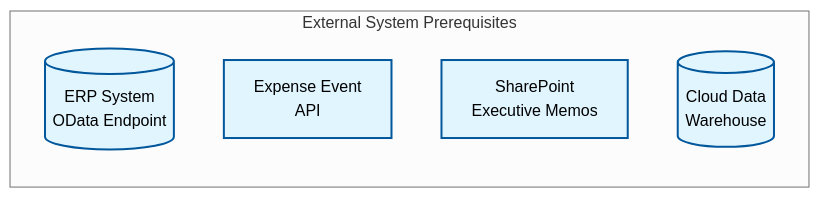
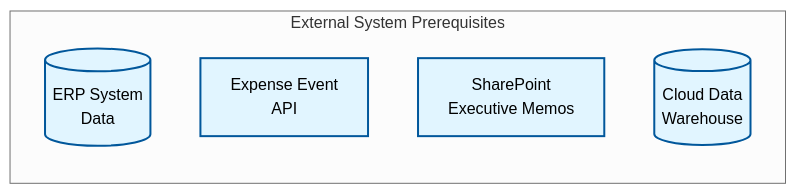
The first of 4 diagrams in 0_WDF_Diagrams.md (leojacinto/WorkflowDataFabric-TypeA), drawn with Mermaid (neutral theme) before and after one commit. The commit also changed other lines of this file, not shown here.

````diff
--- a/0_WDF_Diagrams.md
+++ b/0_WDF_Diagrams.md
@@ -11,24 +11,24 @@
 ```mermaid
 graph LR
     subgraph "External System Prerequisites"
-        ERP[(ERP System<br/>OData Endpoint)]
+        ERP[(ERP System<br/>Data)]
         ExpenseAPI[Expense Event<br/>API]
         SharePoint[SharePoint<br/>Executive Memos]
         CDW[(Cloud Data<br/>Warehouse)]
     end
 
     %% Styling
     classDef external fill:#e1f5ff,stroke:#01579b,stroke-width:2px
     classDef integration fill:#fff3e0,stroke:#e65100,stroke-width:2px
     classDef zeroCopy fill:#f3e5f5,stroke:#4a148c,stroke-width:2px
     classDef native fill:#e8f5e9,stroke:#1b5e20,stroke-width:2px
     classDef ai fill:#fff9c4,stroke:#f57f17,stroke-width:2px
     classDef user fill:#e3f2fd,stroke:#1565c0,stroke-width:3px
 
     class ERP,ExpenseAPI,SharePoint,CDW external
     class ZeroCopySQL,ZeroCopyERP,IntHub,ExtContent integration
     class ZCCC,ZCCH,ZCExp zeroCopy
     class ExpenseTable,FinCase,FinVar native
     class Agent1,Agent2,RAG,NASK,FlowAction,MCP,MCPC,GGraph,NLQuery,Lens,DocIntel ai
     class Employee,EC,ControlTower,ClaudeDesktop user
 ```
````
